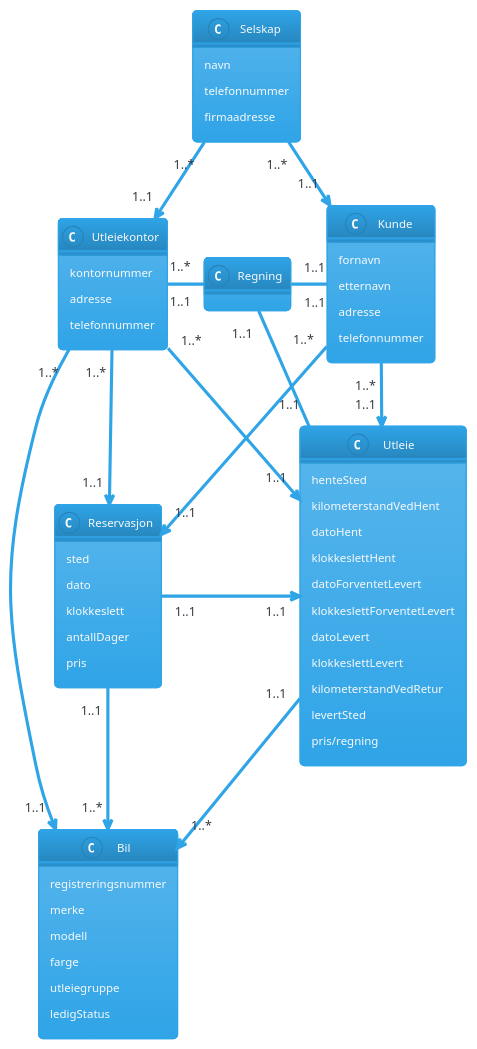
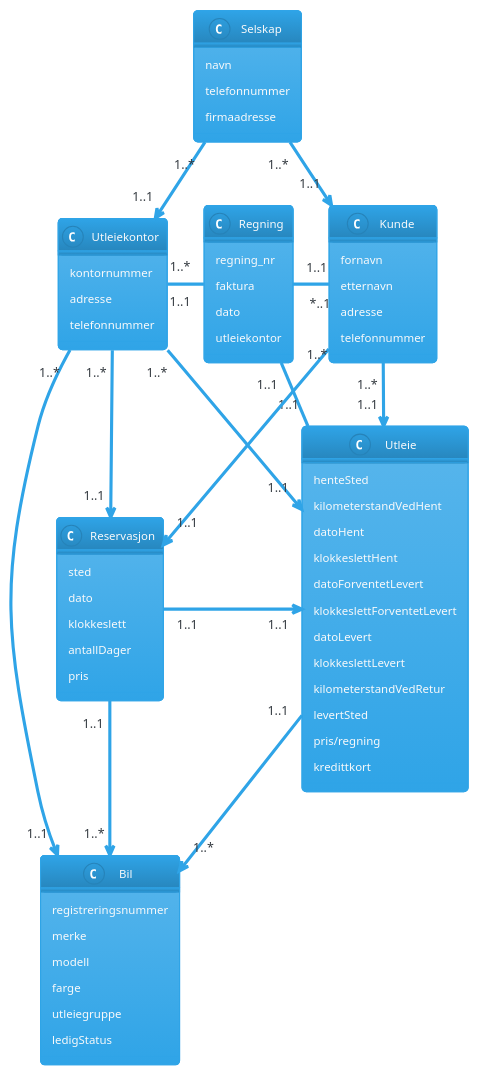
Before and after one commit to h598062/DAT109-Oblig2: the diagram in diagrammer/klassediagram.puml, drawn with PlantUML.

Commit message:
KlasseDiagram ish ca ferdig

```diff
--- a/diagrammer/klassediagram.puml
+++ b/diagrammer/klassediagram.puml
@@ -1,68 +1,73 @@
 @startuml Klassediagram - Oblig2
 'https://plantuml.com/class-diagram
 
 !theme cerulean
 
 class "Utleiekontor"    as uk {
 	kontornummer
 	adresse
 	telefonnummer
 }
 class "Bil"             as b  {
 	registreringsnummer
 	merke
 	modell
 	farge
 	utleiegruppe
 	ledigStatus
 }
 class "Kunde"           as k  {
 	fornavn
 	etternavn
 	adresse
 	telefonnummer
 }
 class "Reservasjon"     as r  {
 	sted
 	dato
 	klokkeslett
 	antallDager
 	pris
 }
 class "Regning"         as rg {
+	regning_nr
+	faktura
+	dato
+	utleiekontor
 
 }
 class "Utleie"          as u  {
 	henteSted
     kilometerstandVedHent
     datoHent
     klokkeslettHent
     datoForventetLevert
     klokkeslettForventetLevert
     datoLevert
     klokkeslettLevert
     kilometerstandVedRetur
     levertSted
     pris/regning
+    kredittkort
 }
 class "Selskap"         as s {
 	navn
 	telefonnummer
 	firmaadresse
 }
 
 s  "1..*" -down->  "1..1" uk
 s  "1..*" -down->  "1..1" k
 uk "1..*" -down->  "1..1" r
 uk "1..*" -right-  "1..1" rg
-rg "1..1" -right-  "1..1" k
+rg "1..1" -right-  " *..1" k
 uk "1..*" -down->  "1..1" u
 u  "1..1" -up-     "1..1" rg
 uk "1..*" -down->  "1..1" b
 k  "1..*" -down->  "1..1" u
 k  "1..*" -down->  "1..1" r
 u  "1..1" -down->  "1..*" b
 r  "1..1" -down->  "1..*" b
 r  "1..1" -right-> "1..1" u : "                            "
 
 @enduml
```
